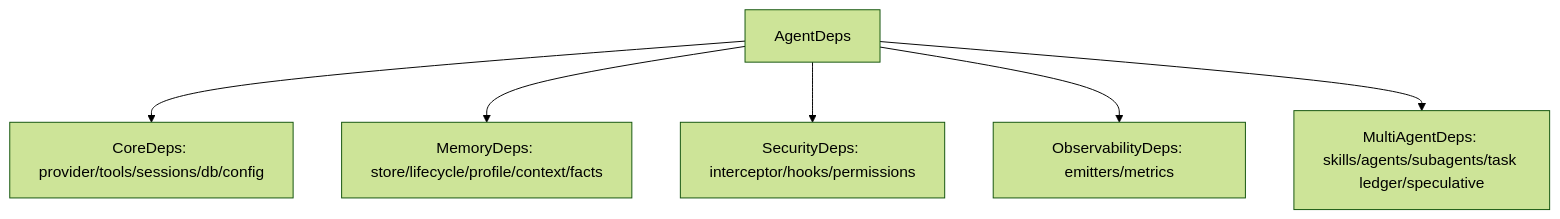
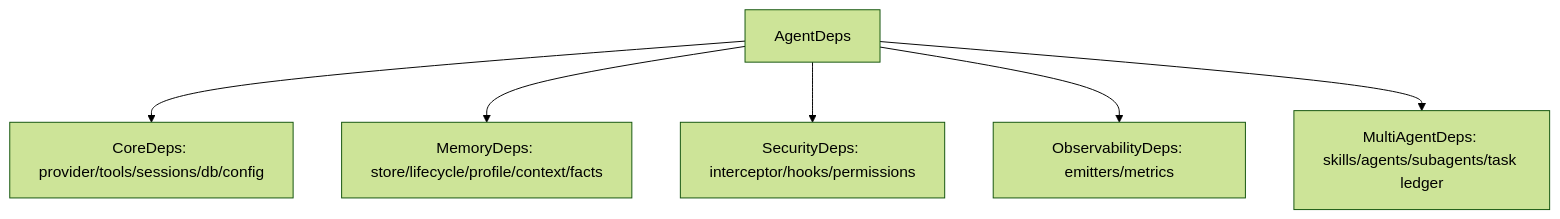
One commit to Forest-Isle/daimon changed the first of 3 diagrams in docs/04-agent-runtime.md. Above: the diagram before and after it, drawn with Mermaid (forest theme). The commit also changed other lines of this file and 14 other files, not shown here.

````diff
--- a/docs/04-agent-runtime.md
+++ b/docs/04-agent-runtime.md
@@ -9,8 +9,8 @@
 ```mermaid
 flowchart TB
     AgentDeps --> Core[CoreDeps: provider/tools/sessions/db/config]
     AgentDeps --> Memory[MemoryDeps: store/lifecycle/profile/context/facts]
     AgentDeps --> Security[SecurityDeps: interceptor/hooks/permissions]
     AgentDeps --> Observability[ObservabilityDeps: emitters/metrics]
-    AgentDeps --> Multi[MultiAgentDeps: skills/agents/subagents/task ledger/speculative]
+    AgentDeps --> Multi[MultiAgentDeps: skills/agents/subagents/task ledger]
 ```
````
